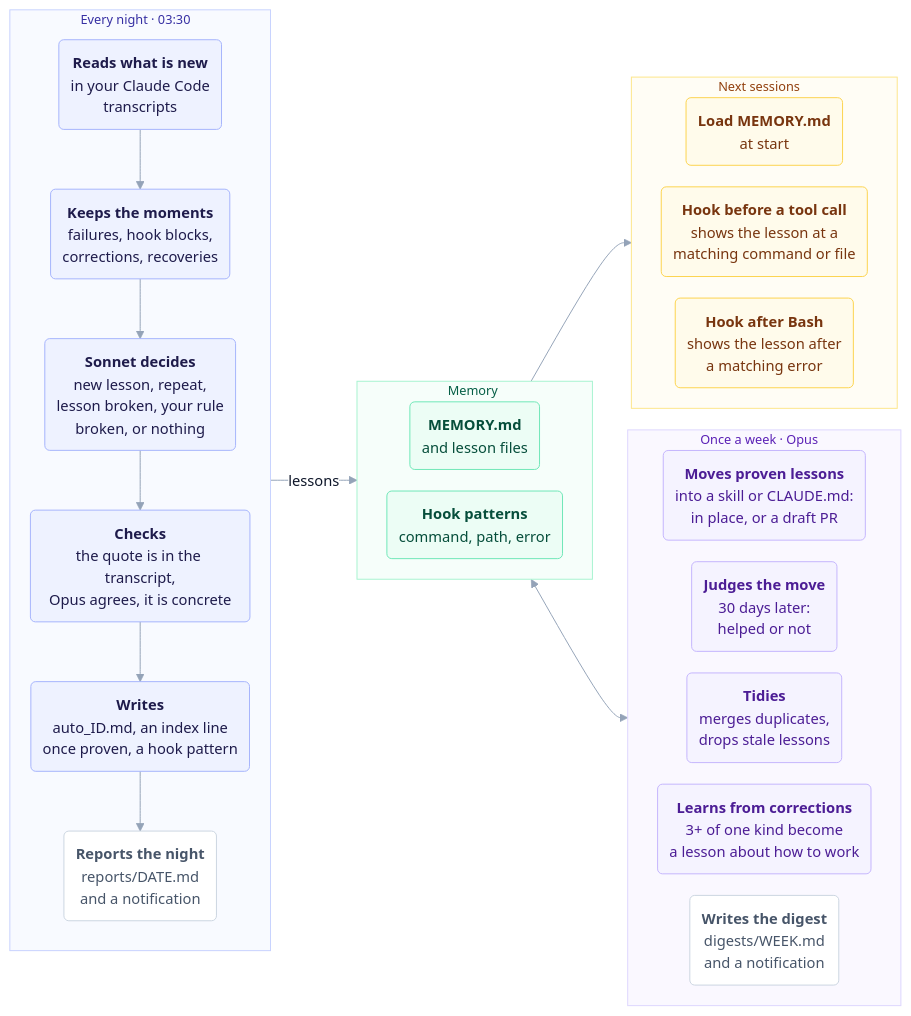
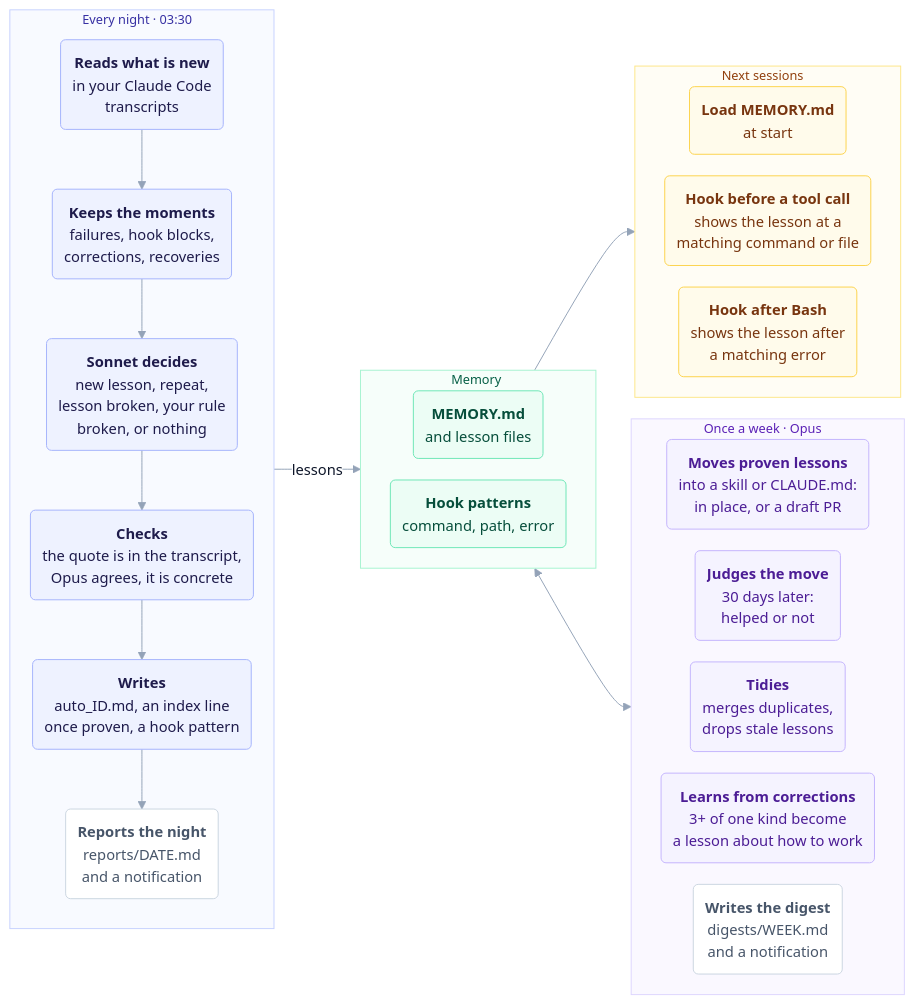
One commit to vladislavgorbunov-afk/agent-reflect changed the first of 3 diagrams in README.md. Above: the diagram before and after it, drawn with Mermaid. The commit also changed other lines of this file, not shown here.

First line of the commit message:
docs: Stop GitHub wrapping the diagram cards at 120 px

````diff
--- a/README.md
+++ b/README.md
@@ -22,53 +22,53 @@
 ```mermaid
-%%{init: {"theme": "base", "themeVariables": {"fontFamily": "system-ui, -apple-system, Segoe UI, Helvetica, Arial, sans-serif", "fontSize": "15px", "lineColor": "#94a3b8", "primaryColor": "#f1f5f9", "primaryBorderColor": "#cbd5e1", "primaryTextColor": "#0f172a", "clusterBkg": "#f8fafc", "clusterBorder": "#e2e8f0", "edgeLabelBackground": "#ffffff"}, "flowchart": {"curve": "basis", "nodeSpacing": 22, "rankSpacing": 36, "padding": 12}}}%%
+%%{init: {"theme": "base", "themeVariables": {"fontFamily": "system-ui, -apple-system, Segoe UI, Helvetica, Arial, sans-serif", "fontSize": "15px", "lineColor": "#94a3b8", "primaryColor": "#f1f5f9", "primaryBorderColor": "#cbd5e1", "primaryTextColor": "#0f172a", "clusterBkg": "#f8fafc", "clusterBorder": "#e2e8f0", "edgeLabelBackground": "#ffffff"}, "flowchart": {"curve": "basis", "nodeSpacing": 22, "rankSpacing": 36, "wrappingWidth": 300, "padding": 12}}}%%
 flowchart LR
     subgraph N ["Every night · 03:30"]
         direction TB
         n1("<b>Reads what is new</b><br/>in your Claude Code<br/>transcripts"):::night
         n2("<b>Keeps the moments</b><br/>failures, hook blocks,<br/>corrections, recoveries"):::night
         n3("<b>Sonnet decides</b><br/>new lesson, repeat,<br/>lesson broken, your rule<br/>broken, or nothing"):::night
         n4("<b>Checks</b><br/>the quote is in the transcript,<br/>Opus agrees, it is concrete"):::night
         n5("<b>Writes</b><br/>auto_ID.md, an index line<br/>once proven, a hook pattern"):::night
         n6("<b>Reports the night</b><br/>reports/DATE.md<br/>and a notification"):::out
         n1 --> n2 --> n3 --> n4 --> n5 --> n6
     end
 
     subgraph M ["Memory"]
         direction LR
         m1("<b>MEMORY.md</b><br/>and lesson files"):::mem
         m2("<b>Hook patterns</b><br/>command, path, error"):::mem
     end
 
     subgraph S ["Next sessions"]
         direction LR
         s1("<b>Load MEMORY.md</b><br/>at start"):::work
         s2("<b>Hook before a tool call</b><br/>shows the lesson at a<br/>matching command or file"):::work
         s3("<b>Hook after Bash</b><br/>shows the lesson after<br/>a matching error"):::work
     end
 
     subgraph W ["Once a week · Opus"]
         direction LR
         w1("<b>Moves proven lessons</b><br/>into a skill or CLAUDE.md:<br/>in place, or a draft PR"):::week
         w2("<b>Judges the move</b><br/>30 days later:<br/>helped or not"):::week
         w3("<b>Tidies</b><br/>merges duplicates,<br/>drops stale lessons"):::week
         w4("<b>Learns from corrections</b><br/>3+ of one kind become<br/>a lesson about how to work"):::week
         w5("<b>Writes the digest</b><br/>digests/WEEK.md<br/>and a notification"):::out
     end
 
     N -->|"lessons"| M
     M --> S
     M <--> W
 
     classDef night fill:#eef2ff,stroke:#a5b4fc,color:#1e1b4b,font-family:system-ui
     classDef mem fill:#ecfdf5,stroke:#6ee7b7,color:#064e3b,font-family:system-ui
     classDef work fill:#fffbeb,stroke:#fcd34d,color:#78350f,font-family:system-ui
     classDef week fill:#f5f3ff,stroke:#c4b5fd,color:#4c1d95,font-family:system-ui
     classDef user fill:#f1f5f9,stroke:#cbd5e1,color:#0f172a,font-family:system-ui
     classDef muted fill:#ffffff,stroke:#cbd5e1,stroke-dasharray:4 3,color:#64748b,font-family:system-ui
     classDef out fill:#ffffff,stroke:#cbd5e1,color:#475569,font-family:system-ui
     style N fill:#f8faff,stroke:#c7d2fe,color:#3730a3,font-family:system-ui,font-size:13px
     style M fill:#f6fefa,stroke:#a7f3d0,color:#065f46,font-family:system-ui,font-size:13px
     style S fill:#fffdf5,stroke:#fde68a,color:#92400e,font-family:system-ui,font-size:13px
     style W fill:#faf8ff,stroke:#ddd6fe,color:#5b21b6,font-family:system-ui,font-size:13px
     linkStyle default font-family:system-ui
 ```
````
